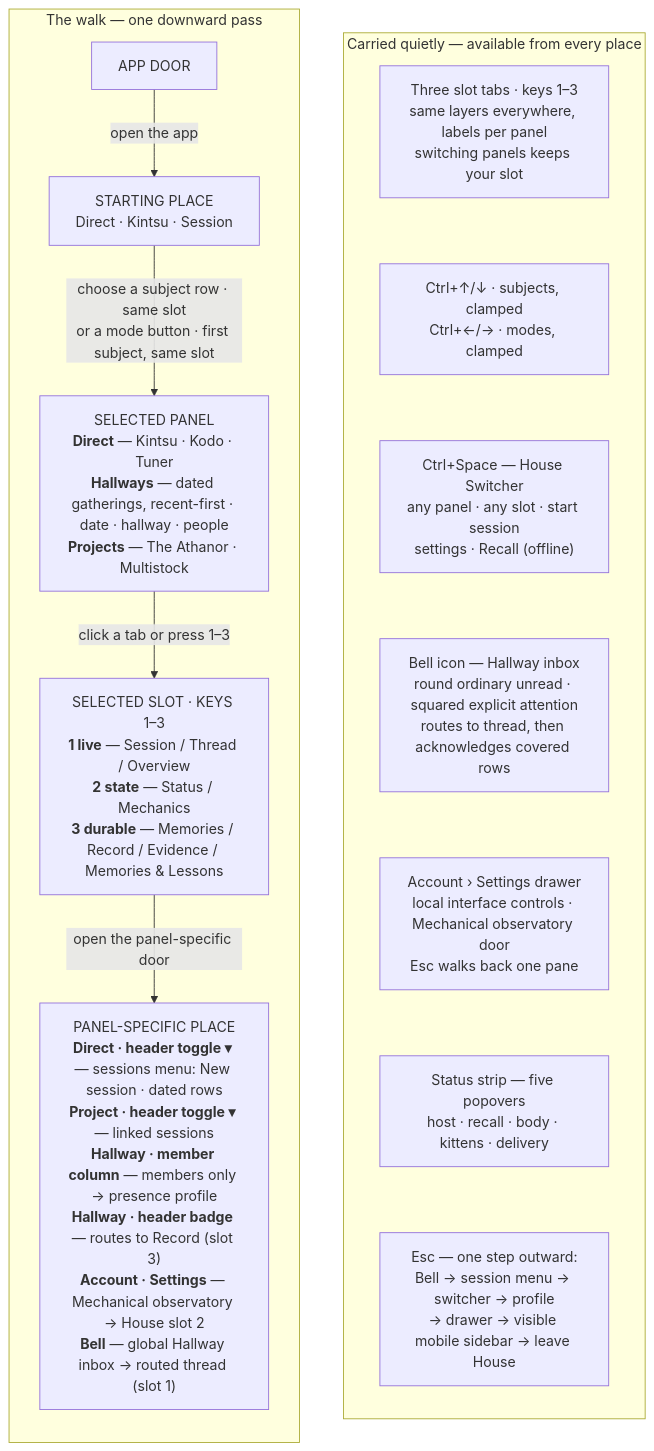
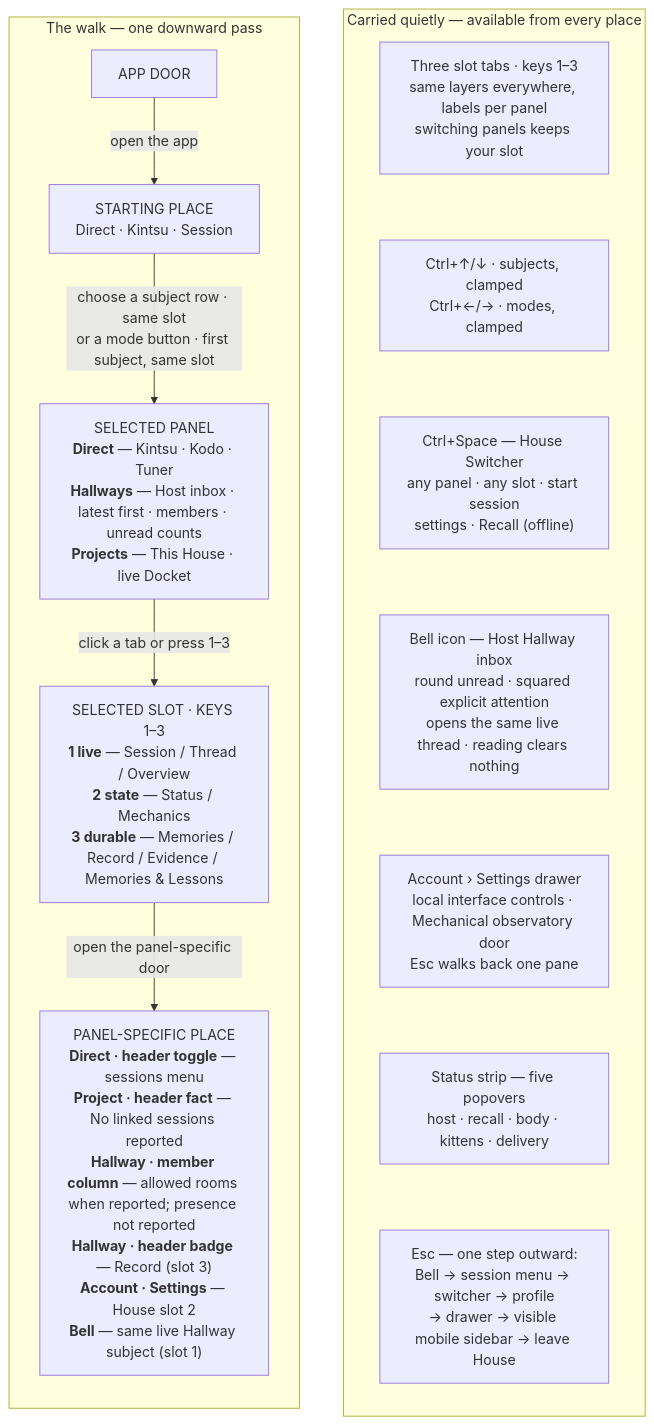
Before and after one commit to solarisael/the-athanor: the first of 2 diagrams in gui-prototype/NAVIGATION_MAP.md, drawn with Mermaid. The commit also changed other lines of this file and 96 other files, not shown here.

````diff
--- a/gui-prototype/NAVIGATION_MAP.md
+++ b/gui-prototype/NAVIGATION_MAP.md
@@ -9,32 +9,32 @@
 ```mermaid
 flowchart LR
 
 subgraph WALK["The walk — one downward pass"]
   direction TB
   door["APP DOOR"]
   start["STARTING PLACE<br>Direct · Kintsu · Session"]
-  panel["SELECTED PANEL<br><b>Direct</b> — Kintsu · Kodo · Tuner<br><b>Hallways</b> — dated gatherings, recent-first · date · hallway · people<br><b>Projects</b> — The Athanor · Multistock"]
+  panel["SELECTED PANEL<br><b>Direct</b> — Kintsu · Kodo · Tuner<br><b>Hallways</b> — Host inbox · latest first · members · unread counts<br><b>Projects</b> — This House · live Docket"]
   view["SELECTED SLOT · KEYS 1–3<br><b>1 live</b> — Session / Thread / Overview<br><b>2 state</b> — Status / Mechanics<br><b>3 durable</b> — Memories / Record / Evidence / Memories & Lessons"]
-  deeper["PANEL-SPECIFIC PLACE<br><b>Direct · header toggle ▾</b> — sessions menu: New session · dated rows<br><b>Project · header toggle ▾</b> — linked sessions<br><b>Hallway · member column</b> — members only → presence profile<br><b>Hallway · header badge</b> — routes to Record (slot 3)<br><b>Account · Settings</b> — Mechanical observatory → House slot 2<br><b>Bell</b> — global Hallway inbox → routed thread (slot 1)"]
+  deeper["PANEL-SPECIFIC PLACE<br><b>Direct · header toggle</b> — sessions menu<br><b>Project · header fact</b> — No linked sessions reported<br><b>Hallway · member column</b> — allowed rooms when reported; presence not reported<br><b>Hallway · header badge</b> — Record (slot 3)<br><b>Account · Settings</b> — House slot 2<br><b>Bell</b> — same live Hallway subject (slot 1)"]
 
   door -->|"open the app"| start
   start -->|"choose a subject row · same slot<br>or a mode button · first subject, same slot"| panel
   panel -->|"click a tab or press 1–3"| view
   view -->|"open the panel-specific door"| deeper
 end
 
 subgraph CARRY["Carried quietly — available from every place"]
   direction TB
   keys["Three slot tabs · keys 1–3<br>same layers everywhere, labels per panel<br>switching panels keeps your slot"]
   chords["Ctrl+↑/↓ · subjects, clamped<br>Ctrl+←/→ · modes, clamped"]
   switcher["Ctrl+Space — House Switcher<br>any panel · any slot · start session<br>settings · Recall (offline)"]
-  bell["Bell icon — Hallway inbox<br>round ordinary unread · squared explicit attention<br>routes to thread, then acknowledges covered rows"]
+  bell["Bell icon — Host Hallway inbox<br>round unread · squared explicit attention<br>opens the same live thread · reading clears nothing"]
   drawer["Account › Settings drawer<br>local interface controls · Mechanical observatory door<br>Esc walks back one pane"]
   status["Status strip — five popovers<br>host · recall · body · kittens · delivery"]
   esc["Esc — one step outward:<br>Bell → session menu → switcher → profile<br>→ drawer → visible mobile sidebar → leave House"]
 
   keys ~~~ chords ~~~ switcher ~~~ bell ~~~ drawer ~~~ status ~~~ esc
 end
 
 WALK ~~~ CARRY
 ```
````
